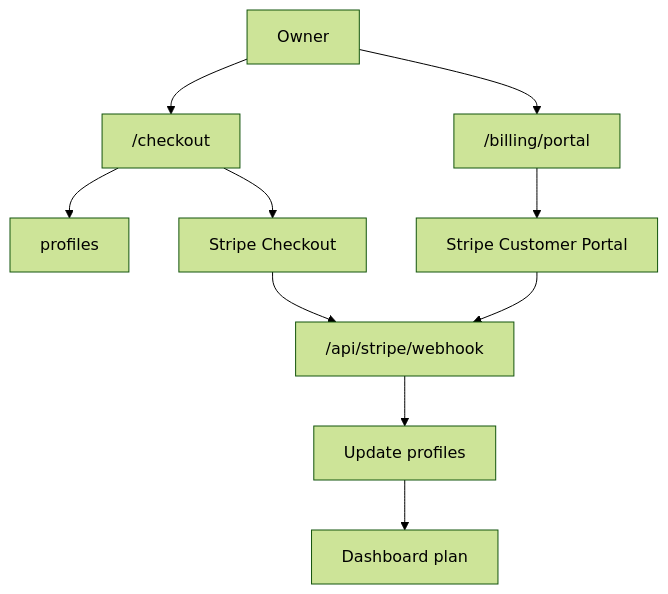
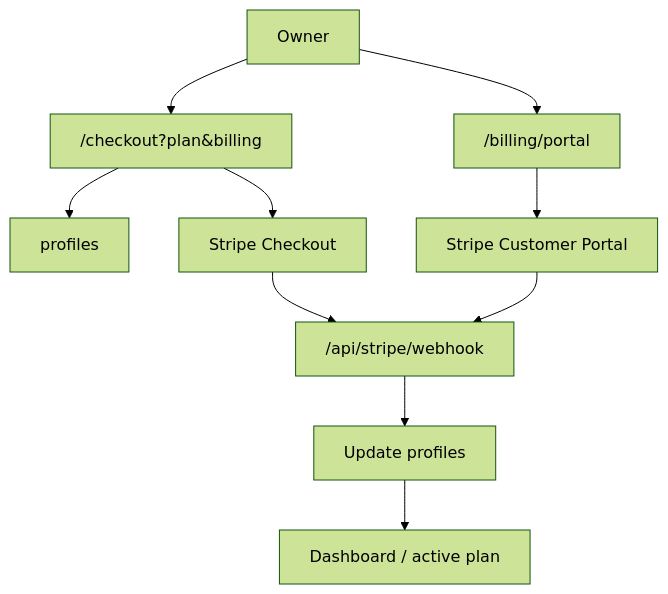
The diagram in docs/obsidian/Development/Stripe.md (FabianDziekan/Nuvorate), drawn with Mermaid (forest theme) before and after one commit. The commit also changed other lines of this file and 50 other files, not shown here.

````diff
--- a/docs/obsidian/Development/Stripe.md
+++ b/docs/obsidian/Development/Stripe.md
@@ -121,12 +131,12 @@
 ```mermaid
 flowchart TD
-  User["Owner"] --> Checkout["/checkout"]
-  Checkout --> SupabaseProfile["profiles"]
+  User["Owner"] --> Checkout["/checkout?plan&billing"]
+  Checkout --> Profiles["profiles"]
   Checkout --> StripeCheckout["Stripe Checkout"]
   StripeCheckout --> Webhook["/api/stripe/webhook"]
   Webhook --> ProfilesUpdate["Update profiles"]
-  ProfilesUpdate --> Dashboard["Dashboard plan"]
+  ProfilesUpdate --> Dashboard["Dashboard / active plan"]
   User --> Portal["/billing/portal"]
   Portal --> StripePortal["Stripe Customer Portal"]
   StripePortal --> Webhook
 ```
````
